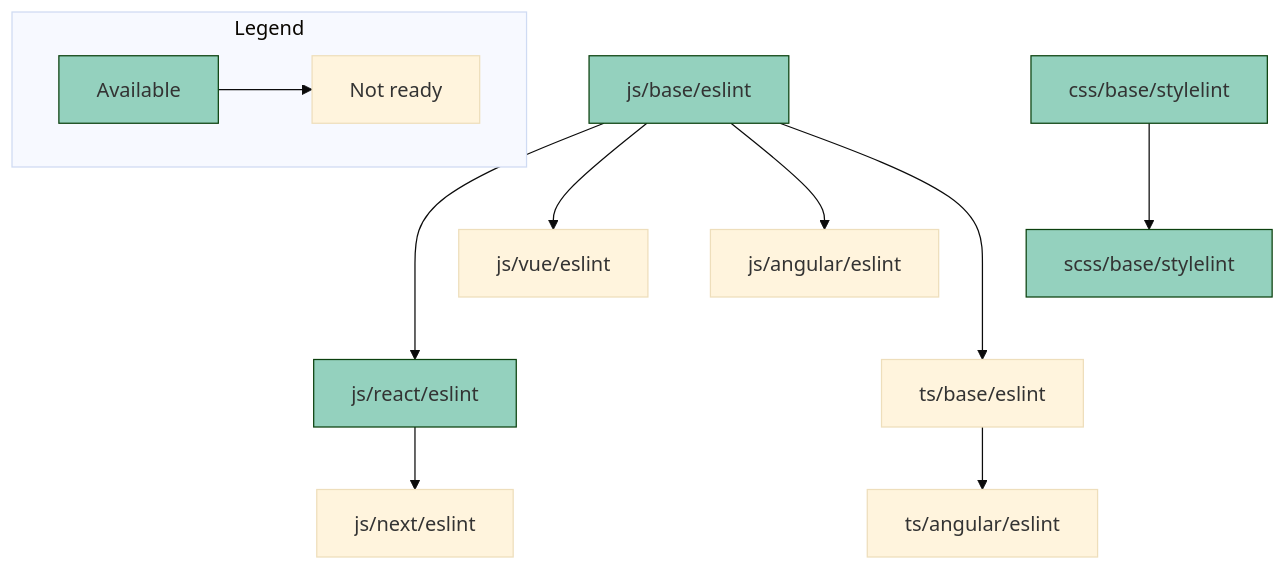
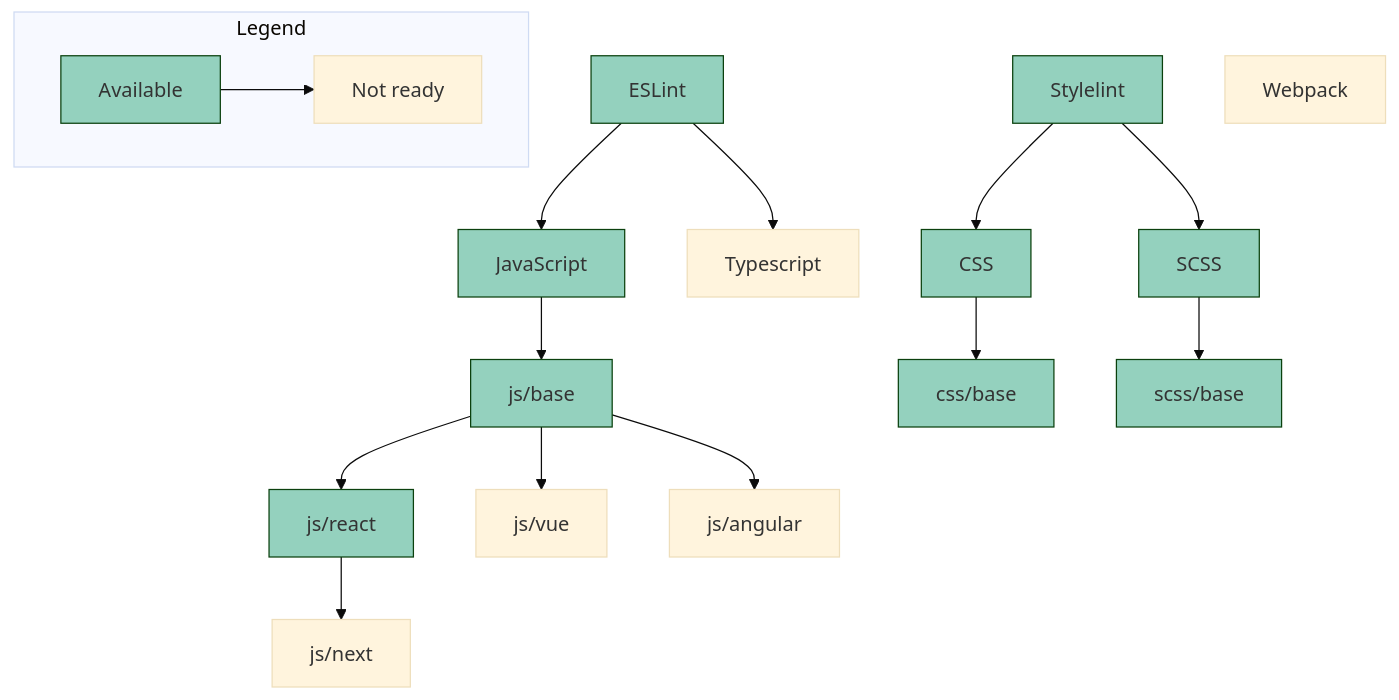
The diagram in README.md (MAARK/code-config), drawn with Mermaid before and after one commit. The commit also changed other lines of this file and 51 other files, not shown here.

````diff
--- a/README.md
+++ b/README.md
@@ -13,17 +77,25 @@
 ```mermaid
 %%{init: {'theme':'base'}}%%
 graph TD
     subgraph Legend
         L1[Available]:::available --> L2[Not ready]
     end
 
-    A[js/base/eslint]:::available ---> B[js/react/eslint]:::available
-    A --> js/vue/eslint
-    A --> js/angular/eslint
-    B --> js/next/eslint
-    C[css/base/stylelint]:::available --> scss/base/stylelint:::available
-    A ---> D[ts/base/eslint]
-    D --> ts/angular/eslint
+    A[ESLint]:::available --> B[JavaScript]:::available
+    B --> C[js/base]:::available
+    C --> D[js/react]:::available
+    C --> js/vue
+    C --> js/angular
+    D --> js/next
+
+    A --> E[Typescript]
+
+    F[Stylelint]:::available --> G[CSS]:::available
+    F --> H[SCSS]:::available
+    G --> css/base:::available
+    H --> scss/base:::available
+
+    Webpack
 
     classDef available stroke:#0B410E,fill:#94D1BE
 ```
````
